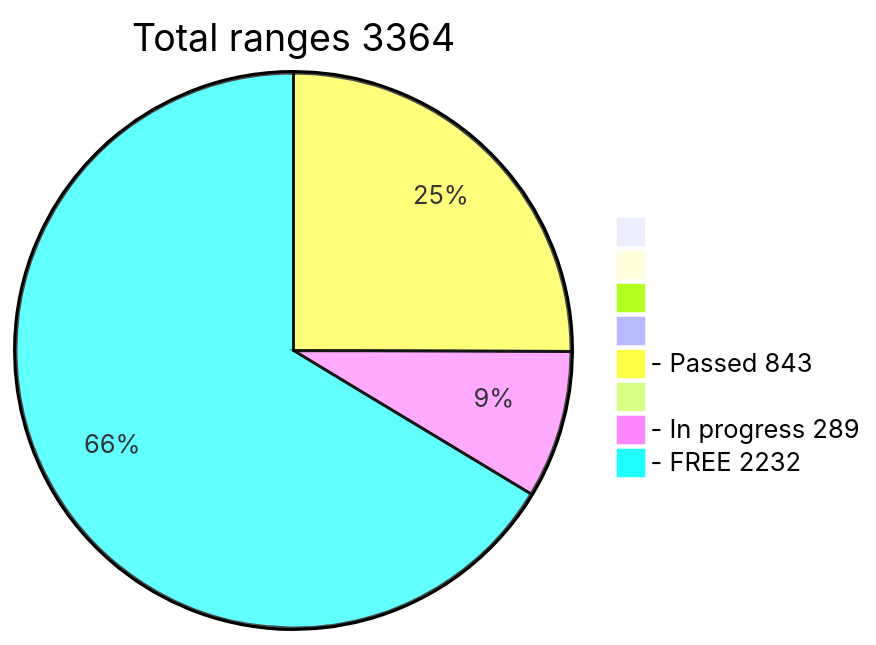
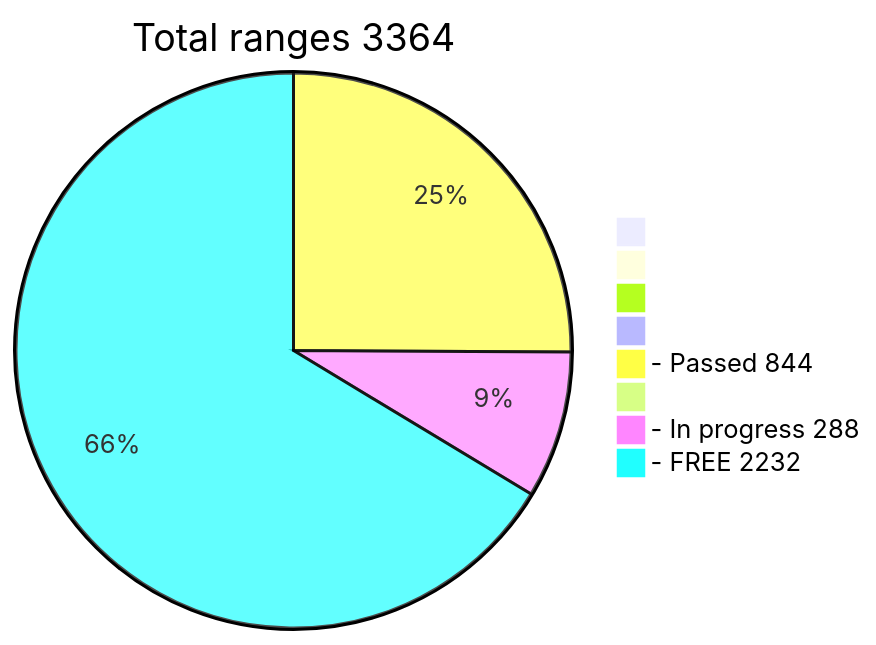
Before and after one commit to phrutis/wif500: the diagram in README.md, drawn with Mermaid.

````diff
--- a/README.md
+++ b/README.md
@@ -16,11 +16,11 @@
 ```mermaid
 pie title Total ranges 3364
              " " : 0
             "  " : 0
            "   " : 0
           "    " : 0
-  "- Passed 843" : 843
+  "- Passed 844" : 844
          "     " : 0
-  "- In progress 289" : 289
+  "- In progress 288" : 288
    "- FREE 2232" : 2232
 ```
````
